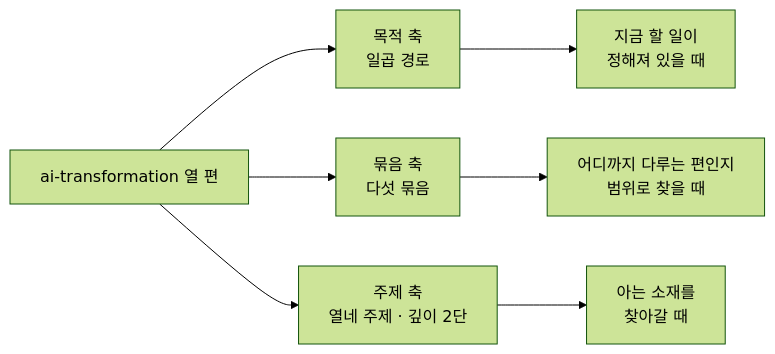
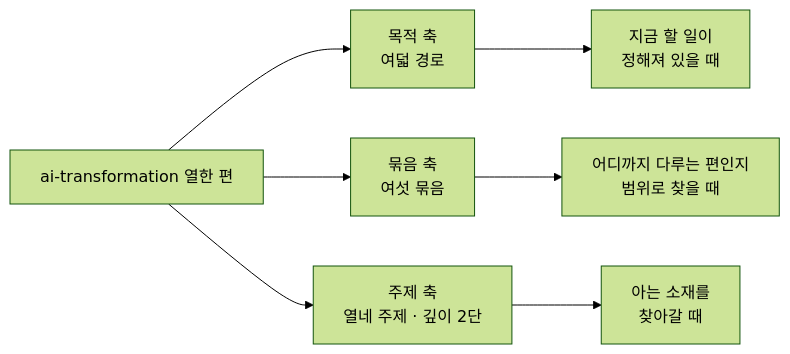
The first of 2 diagrams in content/blog/ai-transformation/ai-transformation-knowledge-map.md (withwooyong/withwooyong.github.io), drawn with Mermaid (forest theme) before and after one commit. The commit also changed other lines of this file and 4 other files, not shown here.

````diff
--- a/content/blog/ai-transformation/ai-transformation-knowledge-map.md
+++ b/content/blog/ai-transformation/ai-transformation-knowledge-map.md
@@ -35,9 +36,9 @@
 ```mermaid
 flowchart LR
-    A["ai-transformation 열 편"] --> C["목적 축<br/>일곱 경로"]
-    A --> B["묶음 축<br/>다섯 묶음"]
+    A["ai-transformation 열한 편"] --> C["목적 축<br/>여덟 경로"]
+    A --> B["묶음 축<br/>여섯 묶음"]
     A --> D["주제 축<br/>열네 주제 · 깊이 2단"]
     C --> C1["지금 할 일이<br/>정해져 있을 때"]
     B --> B1["어디까지 다루는 편인지<br/>범위로 찾을 때"]
     D --> D1["아는 소재를<br/>찾아갈 때"]
 ```
````
